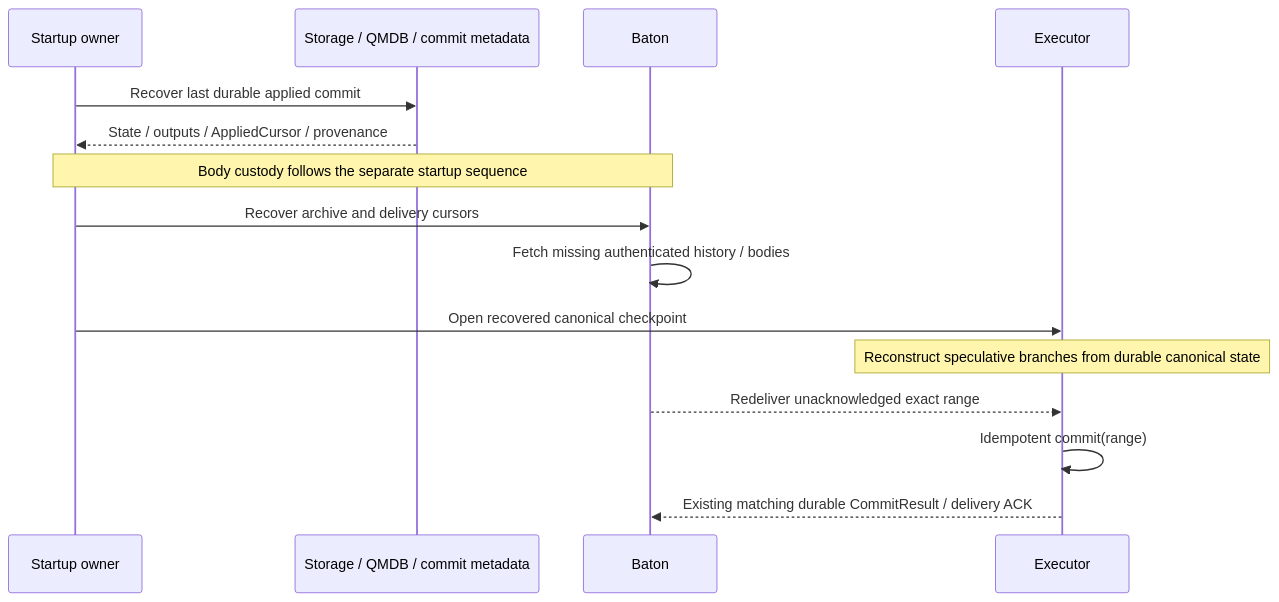
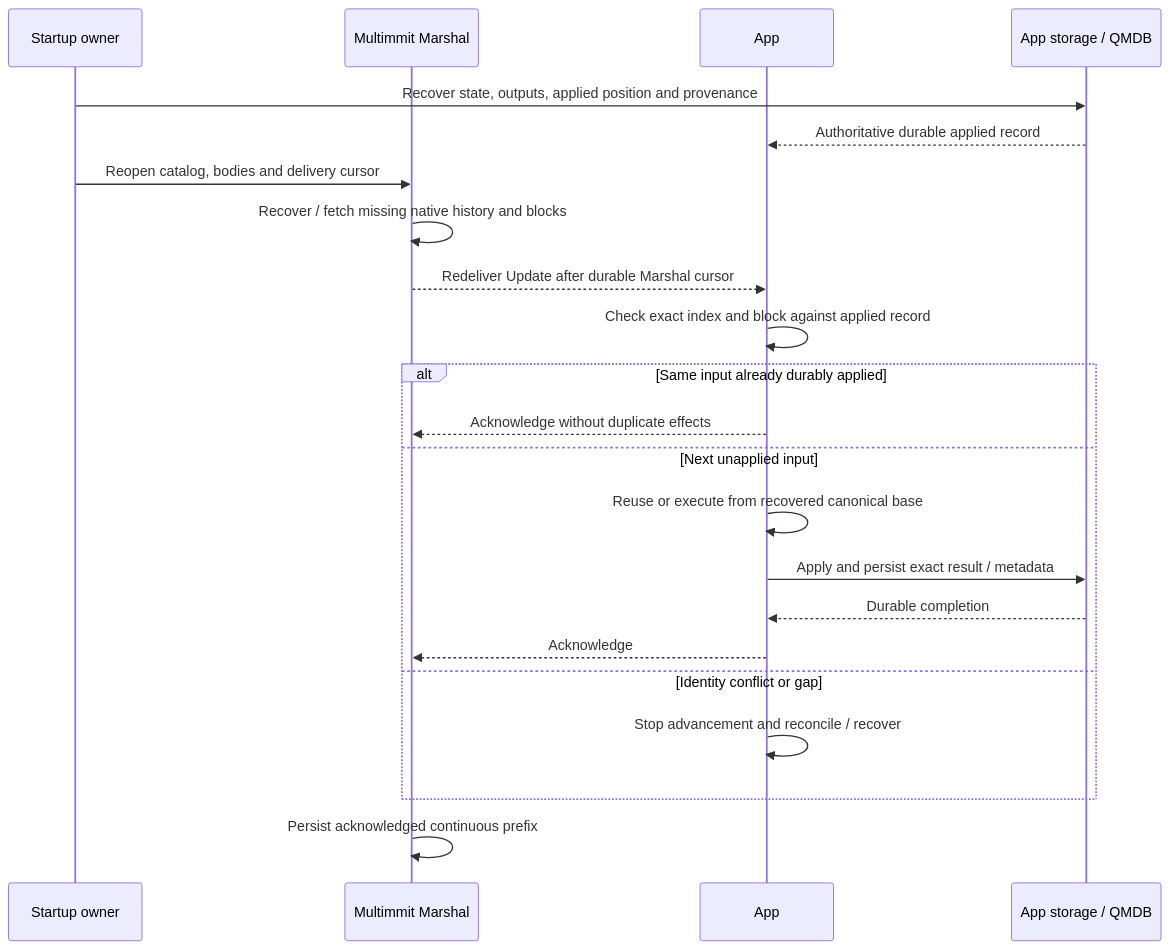
The second of 2 diagrams in docs/e2e/recovery.md (djm07073/baton-research), drawn with Mermaid before and after one commit. The commit also changed other lines of this file and 292 other files, not shown here.

Commit message:
docs: redesign Baton around App-owned scheduling

````diff
--- a/docs/e2e/recovery.md
+++ b/docs/e2e/recovery.md
@@ -76,17 +56,24 @@
 ```mermaid
 sequenceDiagram
-    participant S as Startup owner
-    participant Q as Storage / QMDB / commit metadata
-    participant M as Baton
-    participant E as Executor
-    S->>Q: Recover last durable applied commit
-    Q-->>S: State / outputs / AppliedCursor / provenance
-    Note over S,M: Body custody follows the separate startup sequence
-    S->>M: Recover archive and delivery cursors
-    M->>M: Fetch missing authenticated history / bodies
-    S->>E: Open recovered canonical checkpoint
-    Note over E: Reconstruct speculative branches from durable canonical state
-    M-->>E: Redeliver unacknowledged exact range
-    E->>E: Idempotent commit(range)
-    E-->>M: Existing matching durable CommitResult / delivery ACK
+    participant O as Startup owner
+    participant M as Multimmit Marshal
+    participant A as App
+    participant S as App storage / QMDB
+    O->>S: Recover state, outputs, applied position and provenance
+    S-->>A: Authoritative durable applied record
+    O->>M: Reopen catalog, bodies and delivery cursor
+    M->>M: Recover / fetch missing native history and blocks
+    M-->>A: Redeliver Update after durable Marshal cursor
+    A->>A: Check exact index and block against applied record
+    alt Same input already durably applied
+        A-->>M: Acknowledge without duplicate effects
+    else Next unapplied input
+        A->>A: Reuse or execute from recovered canonical base
+        A->>S: Apply and persist exact result / metadata
+        S-->>A: Durable completion
+        A-->>M: Acknowledge
+    else Identity conflict or gap
+        A->>A: Stop advancement and reconcile / recover
+    end
+    M->>M: Persist acknowledged continuous prefix
 ```
````
